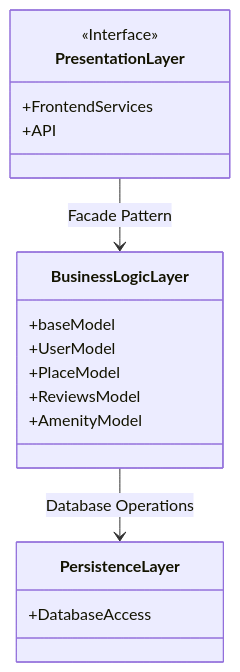
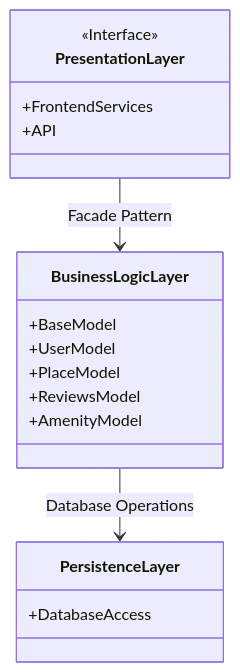
One commit to MaKSiiMe/holbertonschool-hbnb changed the diagram in Part1/0- High-Level_Package_Diagram.md. Above: the diagram before and after it, drawn with Mermaid. The commit also changed 2 other files, not shown here.

Commit message:
Refactor class diagrams for business logic layer; update BaseModel and model relationships

````diff
--- a/Part1/0- High-Level_Package_Diagram.md
+++ b/Part1/0- High-Level_Package_Diagram.md
@@ -1,21 +1,21 @@
 ```mermaid
 classDiagram
 class PresentationLayer {
     <<Interface>>
     +FrontendServices
     +API
 }
 class BusinessLogicLayer {
-    +baseModel
+    +BaseModel
     +UserModel
     +PlaceModel
     +ReviewsModel
     +AmenityModel
 
 }
 class PersistenceLayer {
     +DatabaseAccess
 }
 PresentationLayer --> BusinessLogicLayer : Facade Pattern
 BusinessLogicLayer --> PersistenceLayer : Database Operations
 ```
````
